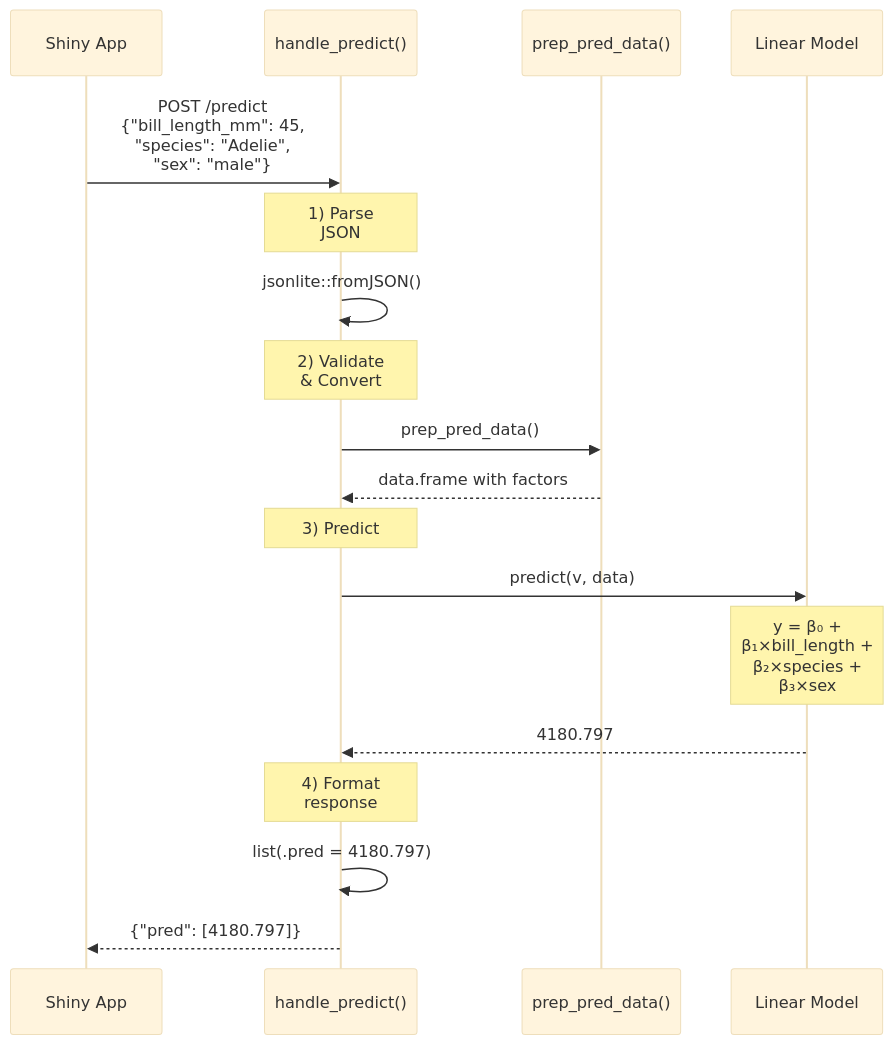
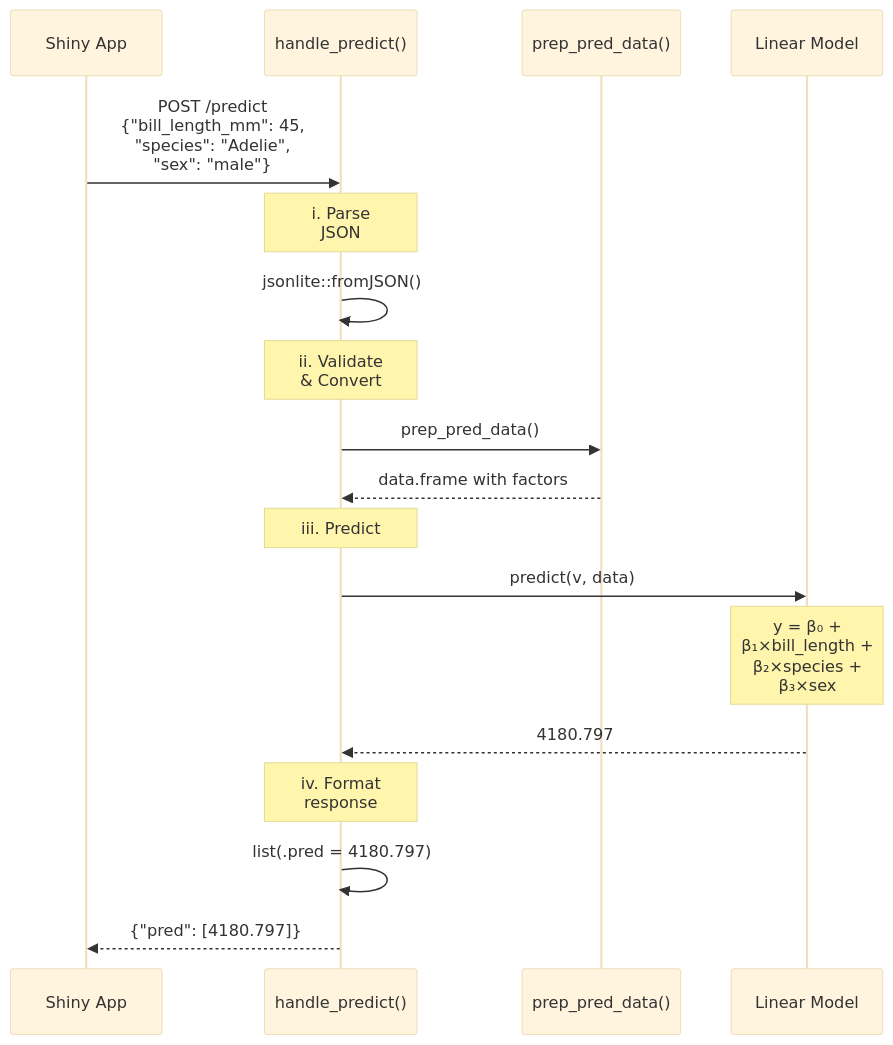
One commit to mjfrigaard/do4ds-labs changed the seventh of 9 diagrams in plumber.qmd. Above: the diagram before and after it, drawn with Mermaid. The commit also changed other lines of this file and 19 other files, not shown here.

````diff
--- a/plumber.qmd
+++ b/plumber.qmd
@@ -1476,31 +1483,31 @@
 ```{mermaid}
 %%| fig-width: 7.0
 %%| fig-align: 'center'
 %%{init: {'theme': 'base', 'themeVariables': {'fontFamily': 'monospace'}}}%%
 
 sequenceDiagram
     participant Shiny as Shiny App
     participant Handler as handle_predict()
     participant Helper as prep_pred_data()
     participant Model as Linear Model
 
     Shiny->>Handler: POST /predict<br>{"bill_length_mm": 45,<br>"species": "Adelie",<br>"sex": "male"}
 
-    Note over Handler: 1) Parse<br>JSON
+    Note over Handler: i. Parse<br>JSON
     Handler->>Handler: jsonlite::fromJSON()
 
-    Note over Handler: 2) Validate<br>& Convert
+    Note over Handler: ii. Validate<br>& Convert
     Handler->>Helper: prep_pred_data()
     Helper-->>Handler: data.frame with factors
 
-    Note over Handler: 3) Predict
+    Note over Handler: iii. Predict
     Handler->>Model: predict(v, data)
     Note over Model: y = β₀ +<br>β₁×bill_length +<br>β₂×species +<br>β₃×sex
     Model-->>Handler: 4180.797
 
-    Note over Handler: 4) Format<br>response
+    Note over Handler: iv. Format<br>response
     Handler->>Handler: list(.pred = 4180.797)
 
     Handler-->>Shiny: {"pred": [4180.797]}
 
 ```
````
